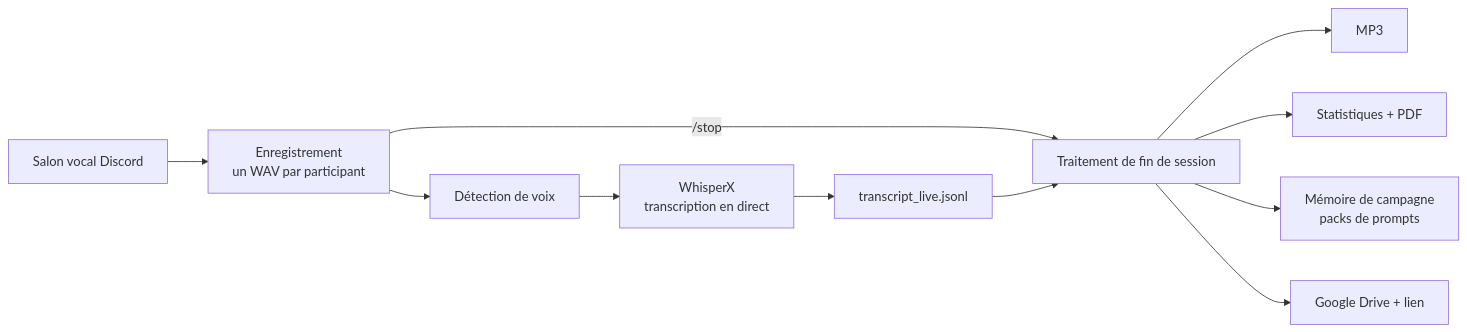
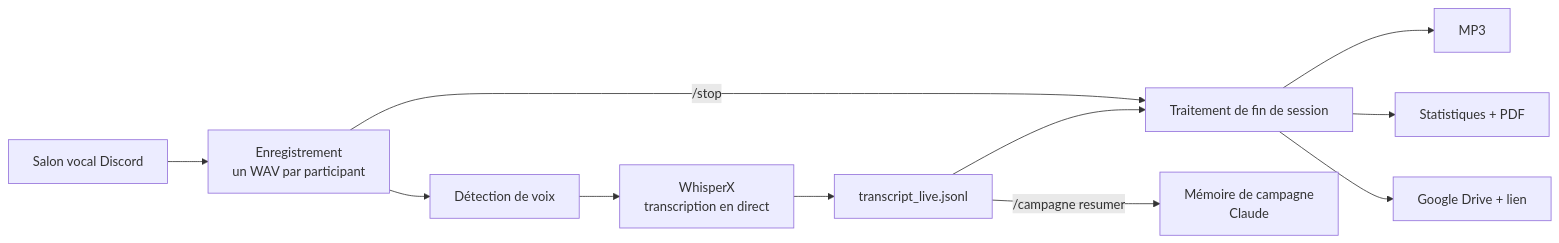
Before and after one commit to timpatim/TimBot-voicerecorder: the diagram in wiki/Home.md, drawn with Mermaid. The commit also changed other lines of this file and 42 other files, not shown here.

````diff
--- a/wiki/Home.md
+++ b/wiki/Home.md
@@ -16,13 +16,13 @@
 ```mermaid
 flowchart LR
     D[Salon vocal Discord] --> R[Enregistrement<br/>un WAV par participant]
     R --> V[Détection de voix]
     V --> W[WhisperX<br/>transcription en direct]
     W --> J[transcript_live.jsonl]
     R -->|/stop| P[Traitement de fin de session]
     J --> P
     P --> M[MP3]
     P --> S[Statistiques + PDF]
-    P --> C[Mémoire de campagne<br/>packs de prompts]
     P --> G[Google Drive + lien]
+    J -->|/campagne resumer| C[Mémoire de campagne<br/>Claude]
 ```
````
